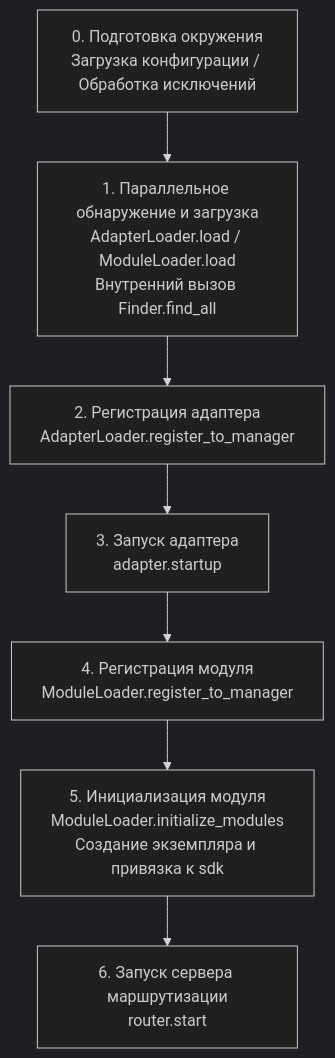
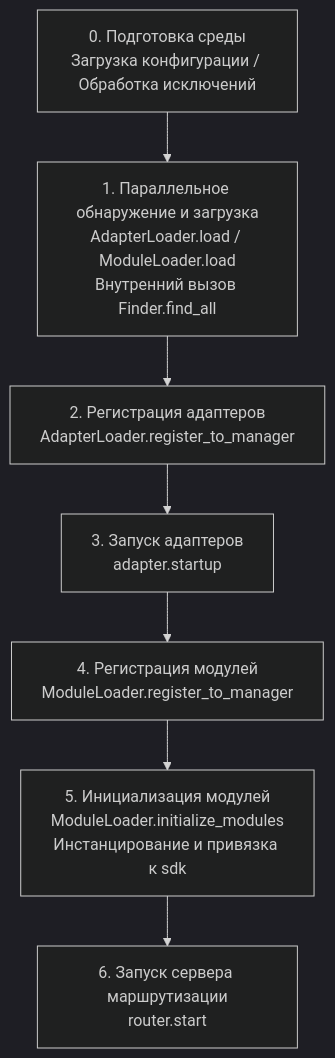
The diagram in docs/ru/advanced/startup.md (ErisPulse/ErisPulse), drawn with Mermaid (dark theme) before and after one commit. The commit also changed other lines of this file and 143 other files, not shown here.

````diff
--- a/docs/ru/advanced/startup.md
+++ b/docs/ru/advanced/startup.md
@@ -27,10 +369,10 @@
 ```mermaid
 flowchart TD
-    A[0. Подготовка окружения<br/>Загрузка конфигурации / Обработка исключений] --> B
+    A[0. Подготовка среды<br/>Загрузка конфигурации / Обработка исключений] --> B
     B[1. Параллельное обнаружение и загрузка<br/>AdapterLoader.load / ModuleLoader.load<br/>Внутренний вызов Finder.find_all] --> C
-    C[2. Регистрация адаптера<br/>AdapterLoader.register_to_manager] --> D
-    D[3. Запуск адаптера<br/>adapter.startup] --> E
-    E[4. Регистрация модуля<br/>ModuleLoader.register_to_manager] --> F
-    F[5. Инициализация модуля<br/>ModuleLoader.initialize_modules<br/>Создание экземпляра и привязка к sdk] --> G
+    C[2. Регистрация адаптеров<br/>AdapterLoader.register_to_manager] --> D
+    D[3. Запуск адаптеров<br/>adapter.startup] --> E
+    E[4. Регистрация модулей<br/>ModuleLoader.register_to_manager] --> F
+    F[5. Инициализация модулей<br/>ModuleLoader.initialize_modules<br/>Инстанцирование и привязка к sdk] --> G
     G[6. Запуск сервера маршрутизации<br/>router.start]
 ```
````
